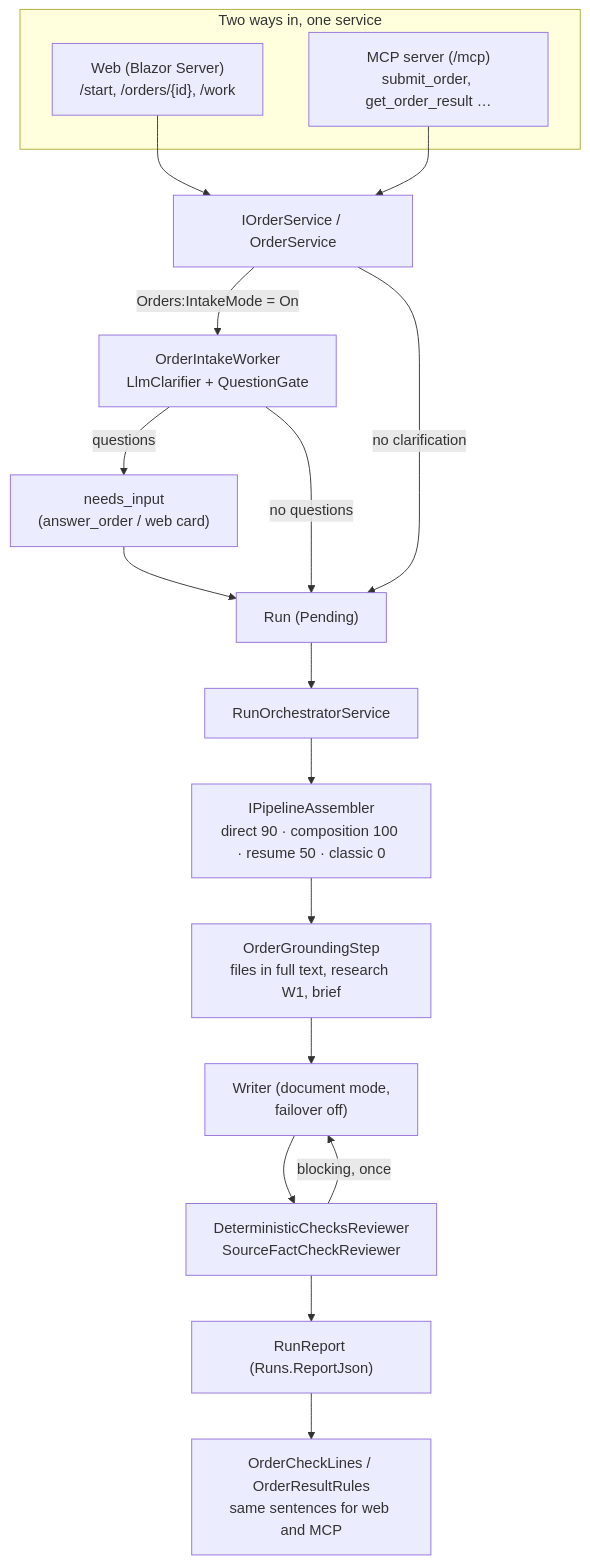
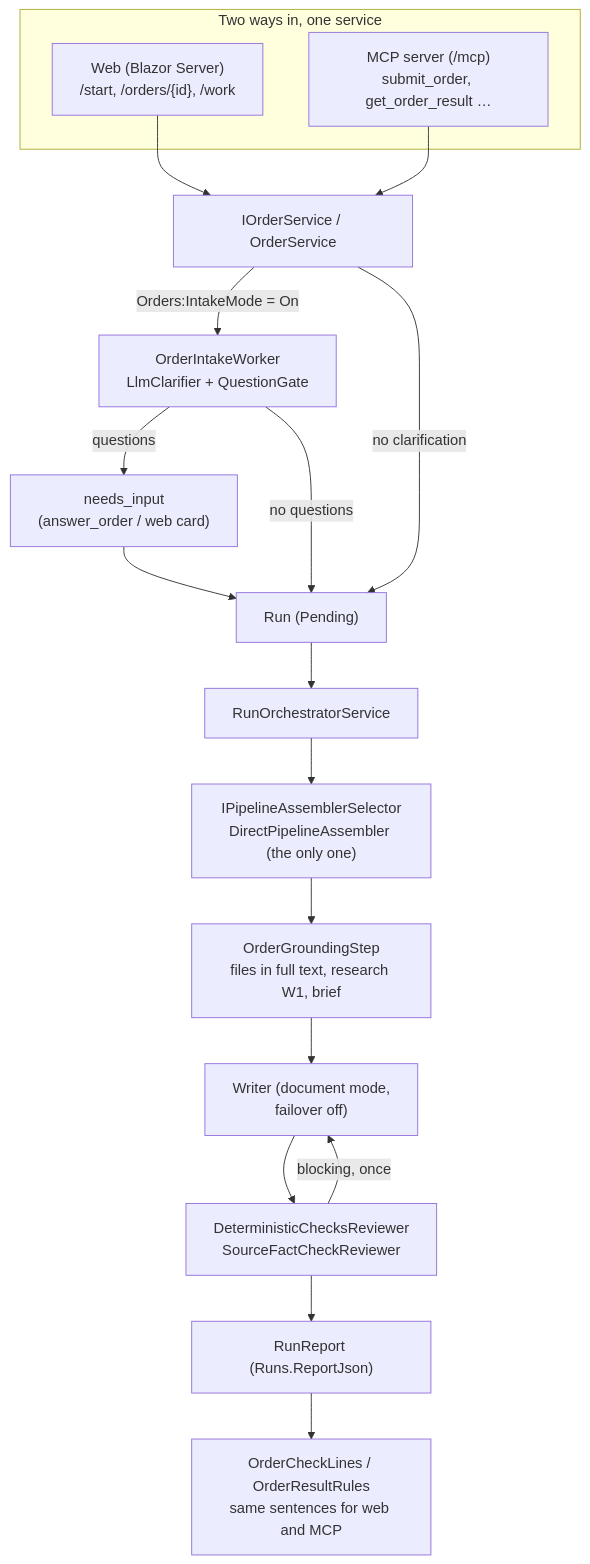
Before and after one commit to chr0mcom/geef-atelier: the diagram in docs/15-developer-guide.md, drawn with Mermaid. The commit also changed other lines of this file and 31 other files, not shown here.

````diff
--- a/docs/15-developer-guide.md
+++ b/docs/15-developer-guide.md
@@ -18,22 +18,22 @@
 ```mermaid
 flowchart TB
     subgraph Entry["Two ways in, one service"]
         W["Web (Blazor Server)<br/>/start, /orders/{id}, /work"]
         M["MCP server (/mcp)<br/>submit_order, get_order_result …"]
     end
     W --> OS["IOrderService / OrderService"]
     M --> OS
     OS -->|"Orders:IntakeMode = On"| IW["OrderIntakeWorker<br/>LlmClarifier + QuestionGate"]
     IW -->|"questions"| Q["needs_input<br/>(answer_order / web card)"]
     Q --> R
     IW -->|"no questions"| R["Run (Pending)"]
     OS -->|"no clarification"| R
     R --> O["RunOrchestratorService"]
-    O --> PA["IPipelineAssembler<br/>direct 90 · composition 100 · resume 50 · classic 0"]
+    O --> PA["IPipelineAssemblerSelector<br/>DirectPipelineAssembler (the only one)"]
     PA --> G["OrderGroundingStep<br/>files in full text, research W1, brief"]
     G --> X["Writer (document mode,<br/>failover off)"]
     X --> C["DeterministicChecksReviewer<br/>SourceFactCheckReviewer"]
     C -->|"blocking, once"| X
     C --> REP["RunReport (Runs.ReportJson)"]
     REP --> RES["OrderCheckLines / OrderResultRules<br/>same sentences for web and MCP"]
 ```
````
